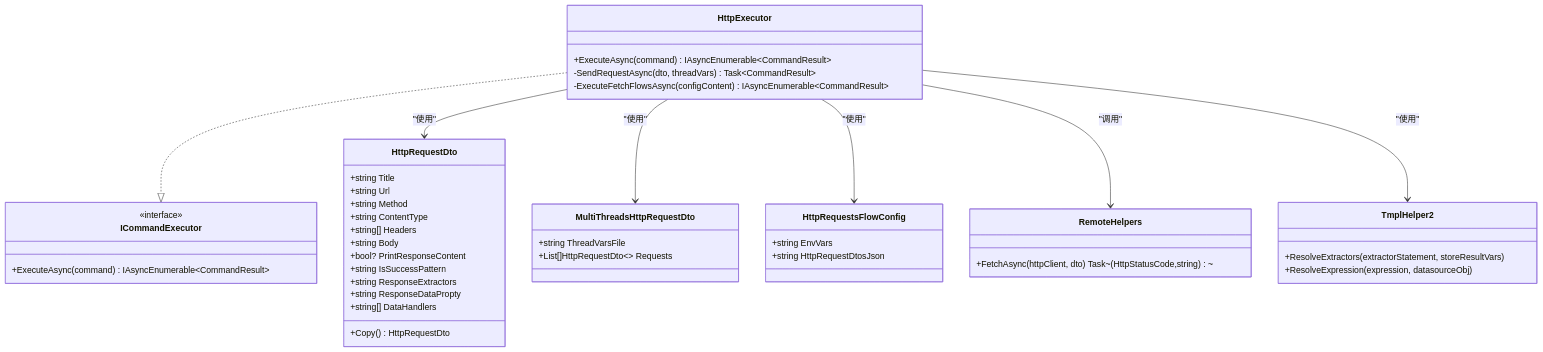
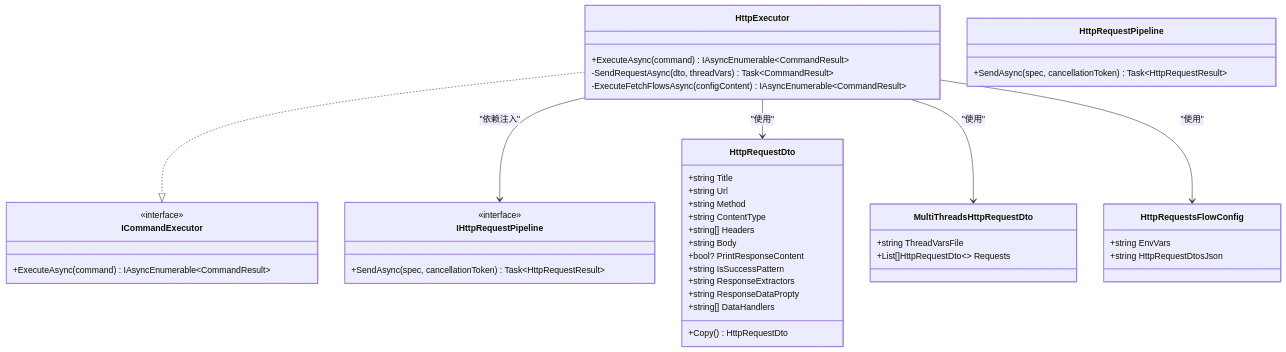
The third of 5 diagrams in .qoder/repowiki/zh/content/项目概述/核心特性/工具库系统/HTTP 请求执行器.md (Sosososolong/AirGo), drawn with Mermaid before and after one commit. The commit also changed other lines of this file and 10 other files, not shown here.

````diff
--- a/.qoder/repowiki/zh/content/项目概述/核心特性/工具库系统/HTTP 请求执行器.md
+++ b/.qoder/repowiki/zh/content/项目概述/核心特性/工具库系统/HTTP 请求执行器.md
@@ -206,47 +204,46 @@
 ```mermaid
 classDiagram
 class HttpExecutor {
 +ExecuteAsync(command) IAsyncEnumerable~CommandResult~
 -SendRequestAsync(dto, threadVars) Task~CommandResult~
 -ExecuteFetchFlowsAsync(configContent) IAsyncEnumerable~CommandResult~
 }
 class ICommandExecutor {
 <<interface>>
 +ExecuteAsync(command) IAsyncEnumerable~CommandResult~
 }
 class HttpRequestDto {
 +string Title
 +string Url
 +string Method
 +string ContentType
 +string[] Headers
 +string Body
 +bool? PrintResponseContent
 +string IsSuccessPattern
 +string ResponseExtractors
 +string ResponseDataPropty
 +string[] DataHandlers
 +Copy() HttpRequestDto
 }
 class MultiThreadsHttpRequestDto {
 +string ThreadVarsFile
 +List[]HttpRequestDto~~ Requests
 }
 class HttpRequestsFlowConfig {
 +string EnvVars
 +string HttpRequestDtosJson
 }
-class RemoteHelpers {
-+FetchAsync(httpClient, dto) Task~(HttpStatusCode,string)~
+class IHttpRequestPipeline {
+<<interface>>
++SendAsync(spec, cancellationToken) Task~HttpRequestResult~
 }
-class TmplHelper2 {
-+ResolveExtractors(extractorStatement, storeResultVars)
-+ResolveExpression(expression, datasourceObj)
+class HttpRequestPipeline {
++SendAsync(spec, cancellationToken) Task~HttpRequestResult~
 }
 HttpExecutor ..|> ICommandExecutor
+HttpExecutor --> IHttpRequestPipeline : "依赖注入"
 HttpExecutor --> HttpRequestDto : "使用"
 HttpExecutor --> MultiThreadsHttpRequestDto : "使用"
 HttpExecutor --> HttpRequestsFlowConfig : "使用"
-HttpExecutor --> RemoteHelpers : "调用"
-HttpExecutor --> TmplHelper2 : "使用"
 ```
````
